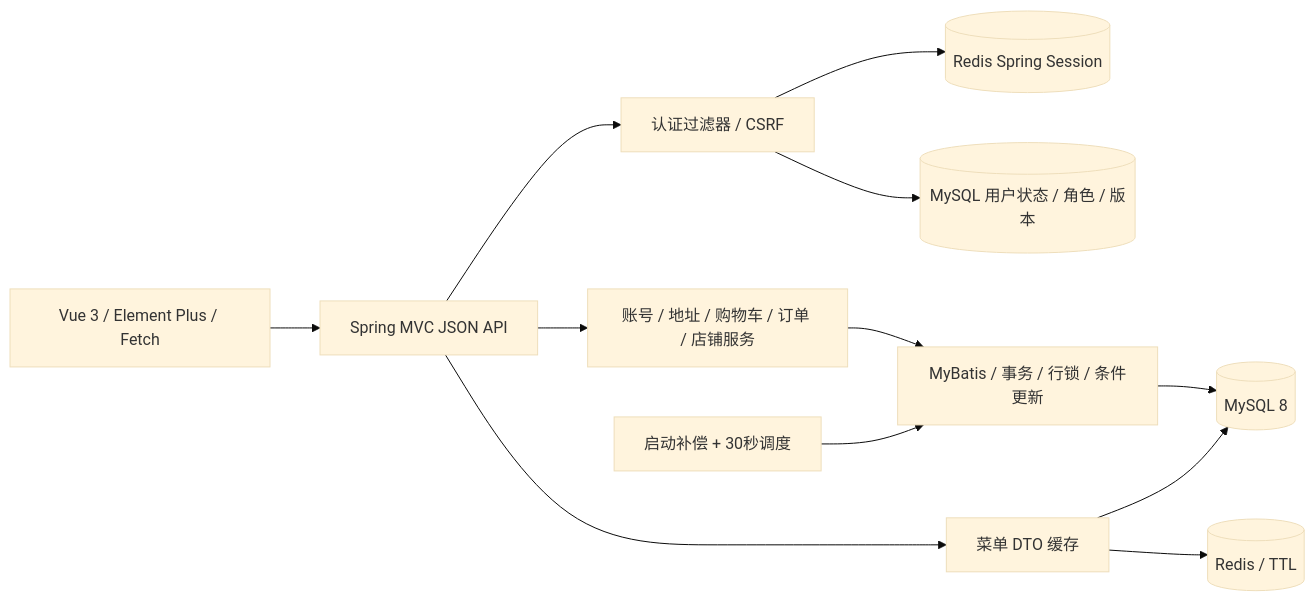
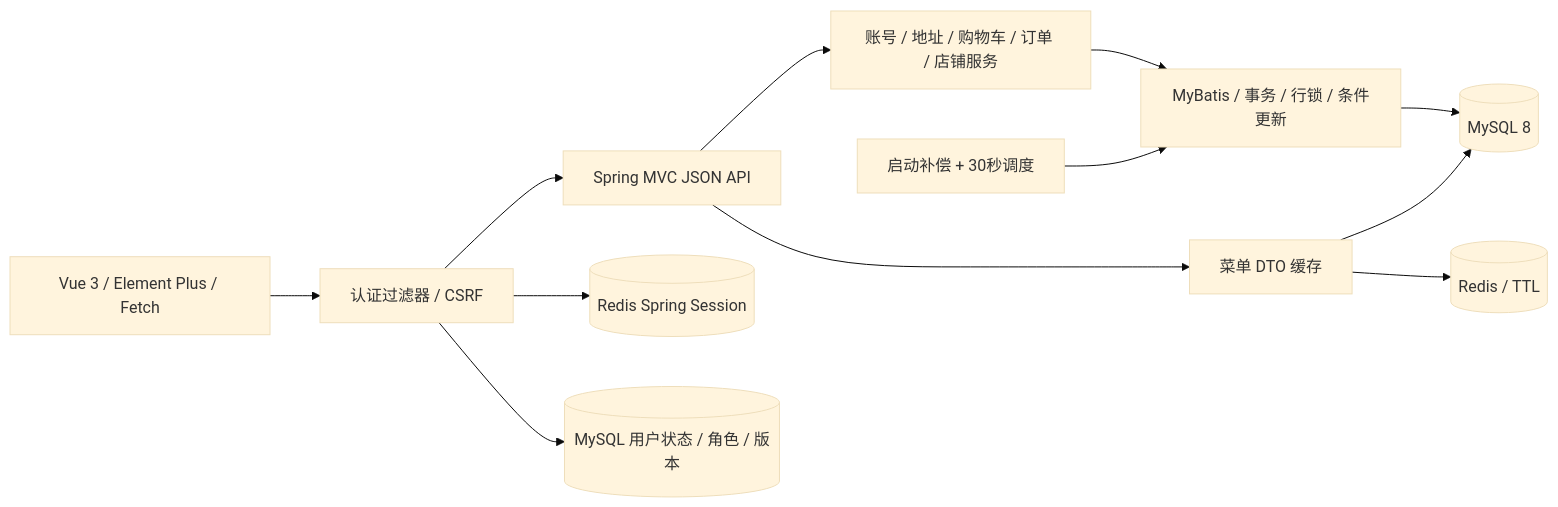
One commit to 17elr/campus-takeaway changed the first of 2 diagrams in docs/architecture.md. Above: the diagram before and after it, drawn with Mermaid (base theme). The commit also changed 8 other files, not shown here.

````diff
--- a/docs/architecture.md
+++ b/docs/architecture.md
@@ -3,14 +3,14 @@
 ```mermaid
 flowchart LR
-    UI[Vue 3 / Element Plus / Fetch] --> API[Spring MVC JSON API]
-    API --> AUTH[认证过滤器 / CSRF]
+    UI[Vue 3 / Element Plus / Fetch] --> AUTH[认证过滤器 / CSRF]
+    AUTH --> API[Spring MVC JSON API]
     AUTH --> SESSION[(Redis Spring Session)]
     AUTH --> USER[(MySQL 用户状态 / 角色 / 版本)]
     API --> SERVICE[账号 / 地址 / 购物车 / 订单 / 店铺服务]
     SERVICE --> MAPPER[MyBatis / 事务 / 行锁 / 条件更新]
     MAPPER --> MYSQL[(MySQL 8)]
     API --> CACHE[菜单 DTO 缓存]
     CACHE --> REDIS[(Redis / TTL)]
     CACHE --> MYSQL
     TIMER[启动补偿 + 30秒调度] --> MAPPER
 ```
````
